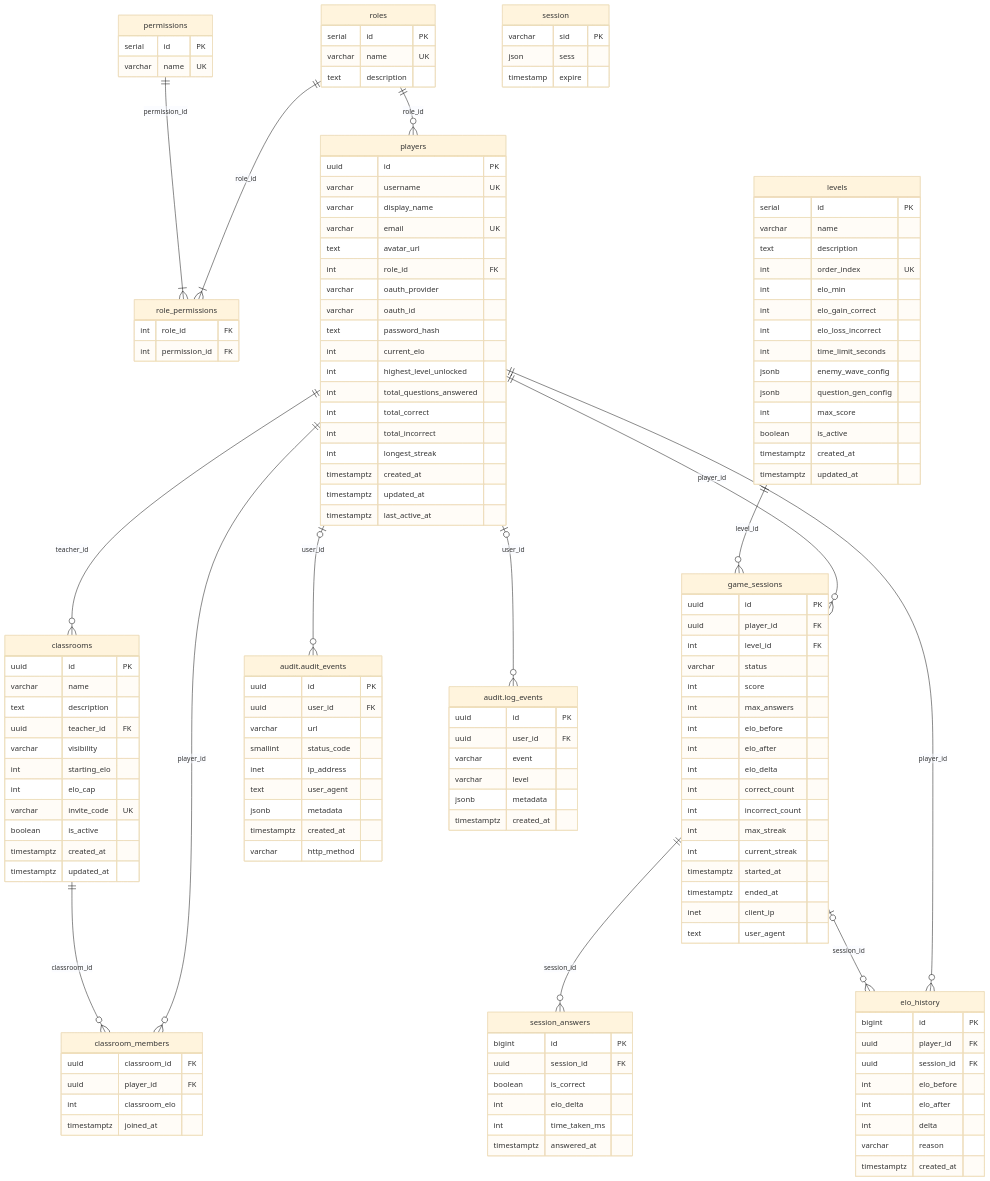
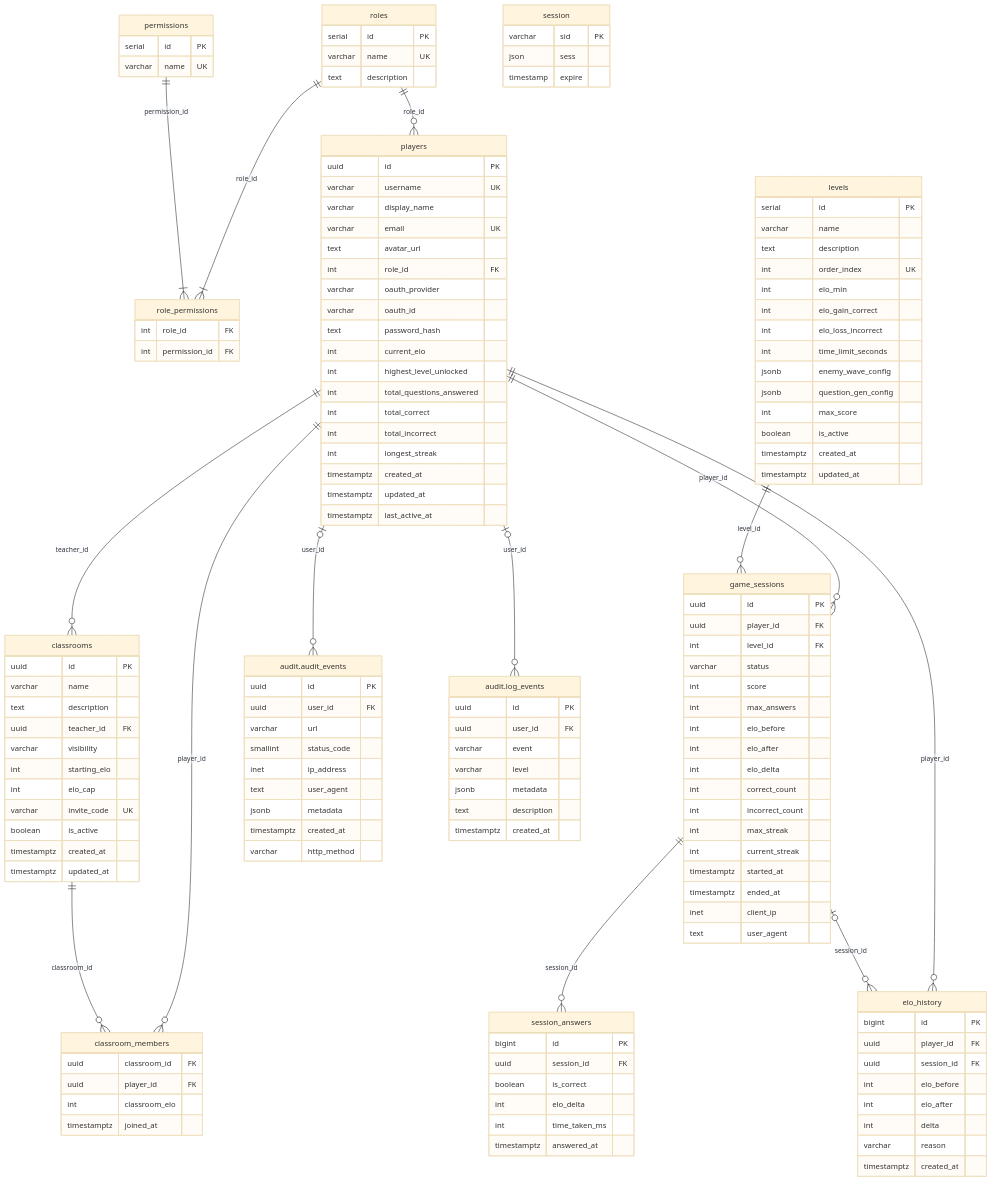
The diagram in README.md (christphralden/magic-nugger-app), drawn with Mermaid (base theme) before and after one commit. The commit also changed other lines of this file and 10 other files, not shown here.

```diff
--- a/README.md
+++ b/README.md
@@ -206,6 +206,7 @@
         varchar     event
         varchar     level
         jsonb       metadata
+        text        description
         timestamptz created_at
     }
 
```
